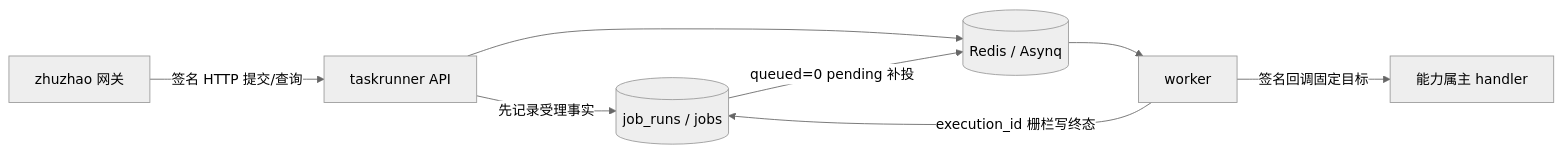
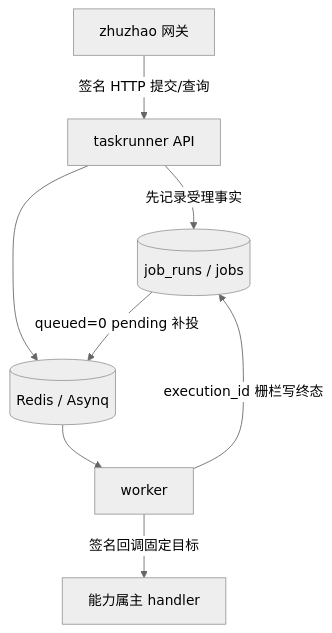
One commit to tracerbiubiubiu/taskrunner changed the diagram in docs/design/taskrunner.md. Above: the diagram before and after it, drawn with Mermaid (neutral theme). The commit also changed 6 other files, not shown here.

````diff
--- a/docs/design/taskrunner.md
+++ b/docs/design/taskrunner.md
@@ -7,10 +7,10 @@
 ```mermaid
-flowchart LR
+flowchart TD
   Z[zhuzhao 网关] -->|签名 HTTP 提交/查询| A[taskrunner API]
   A -->|先记录受理事实| D[(job_runs / jobs)]
   A --> Q[(Redis / Asynq)]
   D -->|queued=0 pending 补投| Q
   Q --> W[worker]
   W -->|签名回调固定目标| H[能力属主 handler]
   W -->|execution_id 栅栏写终态| D
 ```
````
